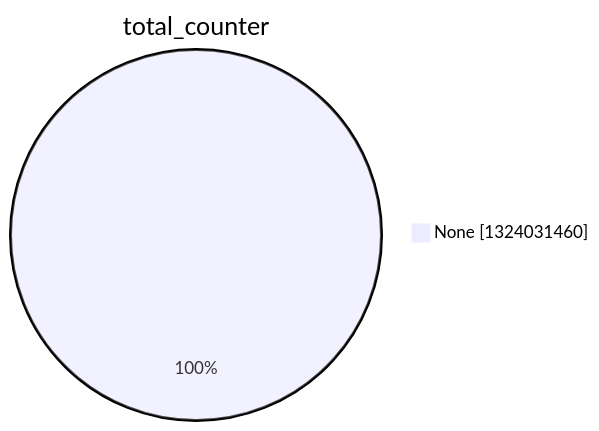
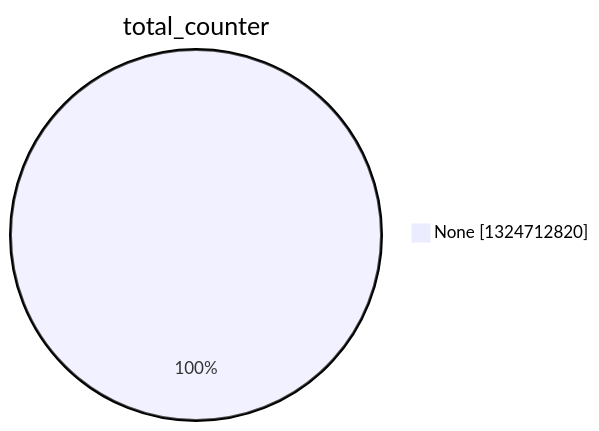
Before and after one commit to christiankrug/ctmonitor_visualization: the second of 15 diagrams in argon2022/README.md, drawn with Mermaid. The commit also changed other lines of this file, not shown here.

````diff
--- a/argon2022/README.md
+++ b/argon2022/README.md
@@ -9,5 +9,5 @@
 ```mermaid
 pie showData
 title total_counter
-"None" :1324031460
+"None" :1324712820
 ```
````
